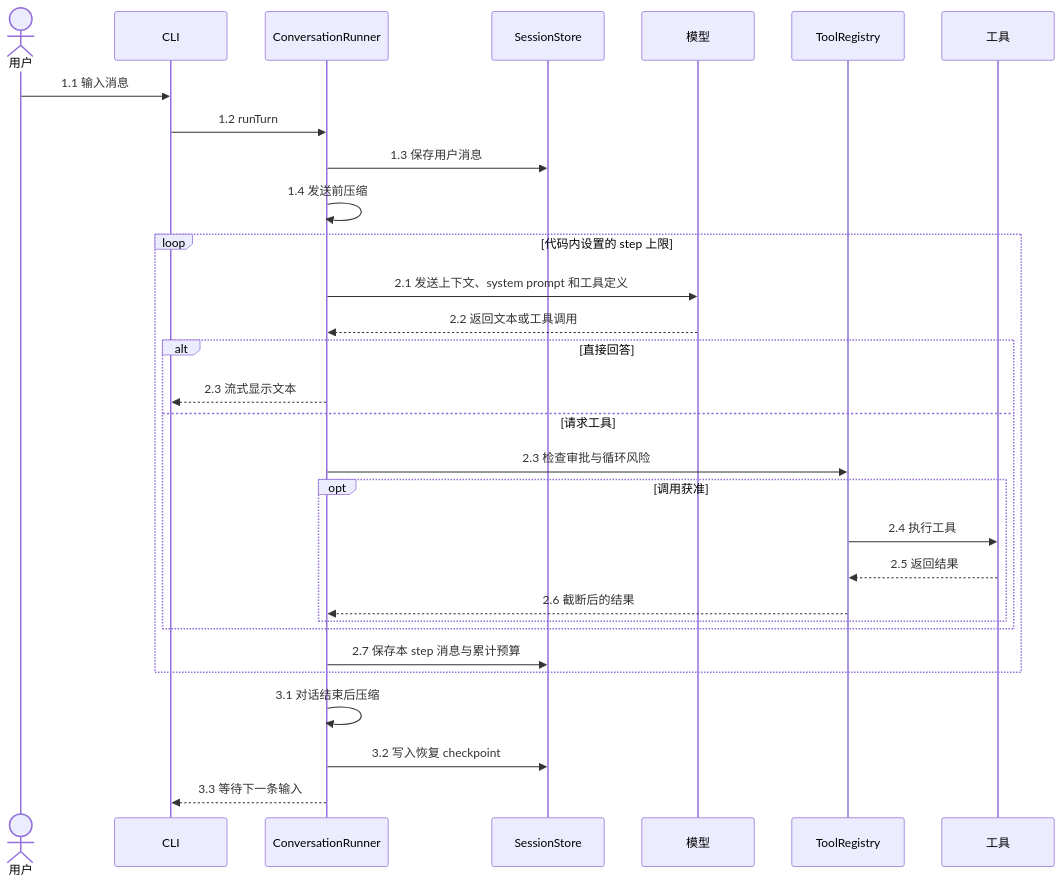
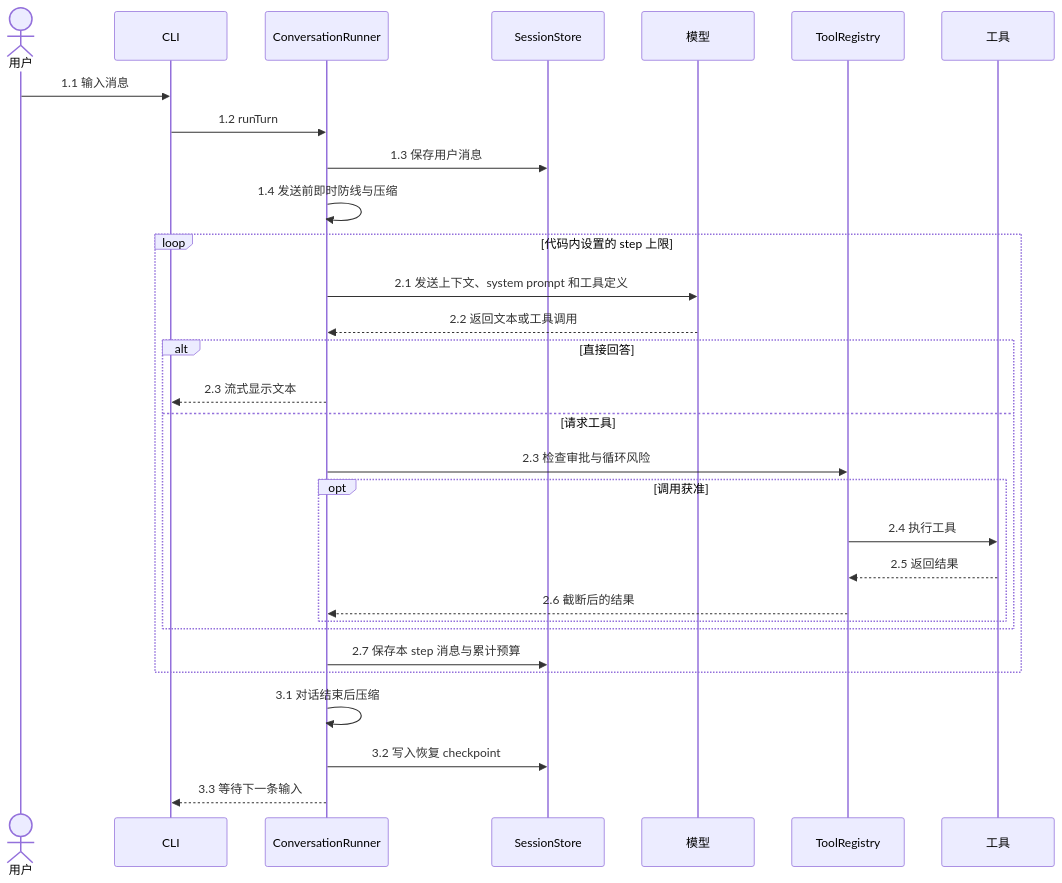
One commit to caosiwei97/super-agent changed the second of 6 diagrams in README.md. Above: the diagram before and after it, drawn with Mermaid. The commit also changed other lines of this file and 16 other files, not shown here.

````diff
--- a/README.md
+++ b/README.md
@@ -63,35 +63,35 @@
 ```mermaid
 sequenceDiagram
     actor U as 用户
     participant C as CLI
     participant R as ConversationRunner
     participant S as SessionStore
     participant M as 模型
     participant G as ToolRegistry
     participant T as 工具
 
     U->>C: 1.1 输入消息
     C->>R: 1.2 runTurn
     R->>S: 1.3 保存用户消息
-    R->>R: 1.4 发送前压缩
+        R->>R: 1.4 发送前即时防线与压缩
 
     loop 代码内设置的 step 上限
         R->>M: 2.1 发送上下文、system prompt 和工具定义
         M-->>R: 2.2 返回文本或工具调用
         alt 直接回答
             R-->>C: 2.3 流式显示文本
         else 请求工具
             R->>G: 2.3 检查审批与循环风险
             opt 调用获准
                 G->>T: 2.4 执行工具
                 T-->>G: 2.5 返回结果
                 G-->>R: 2.6 截断后的结果
             end
         end
         R->>S: 2.7 保存本 step 消息与累计预算
     end
 
     R->>R: 3.1 对话结束后压缩
     R->>S: 3.2 写入恢复 checkpoint
     R-->>C: 3.3 等待下一条输入
 ```
````
